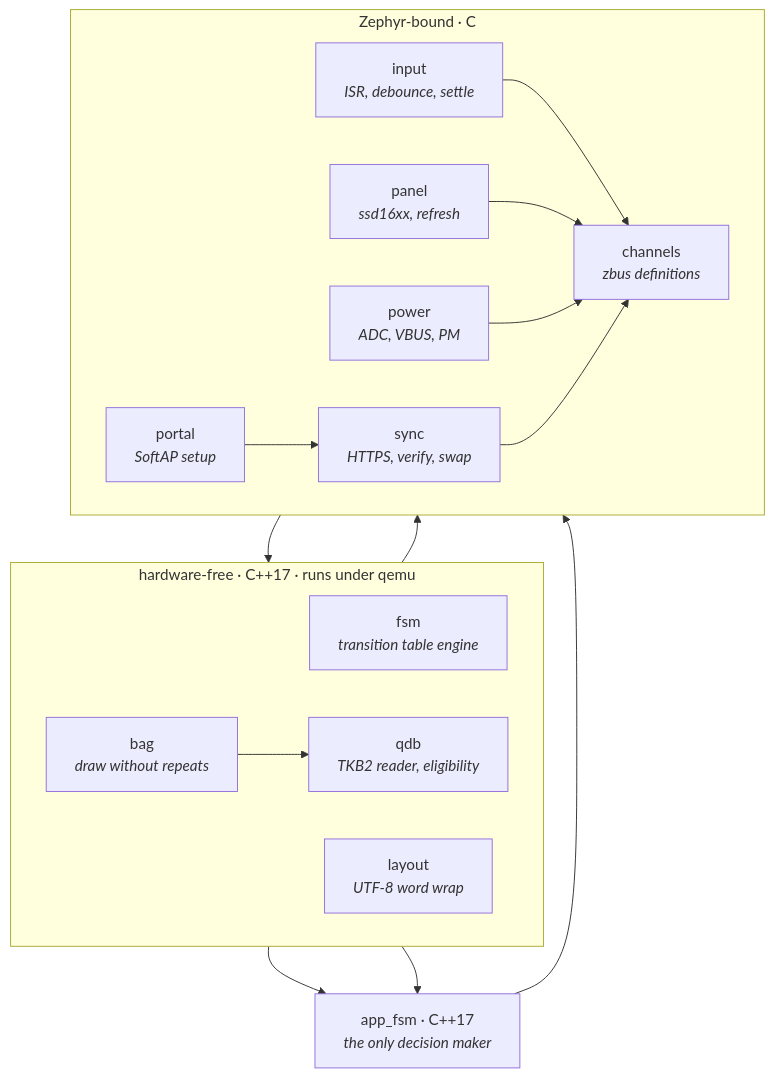
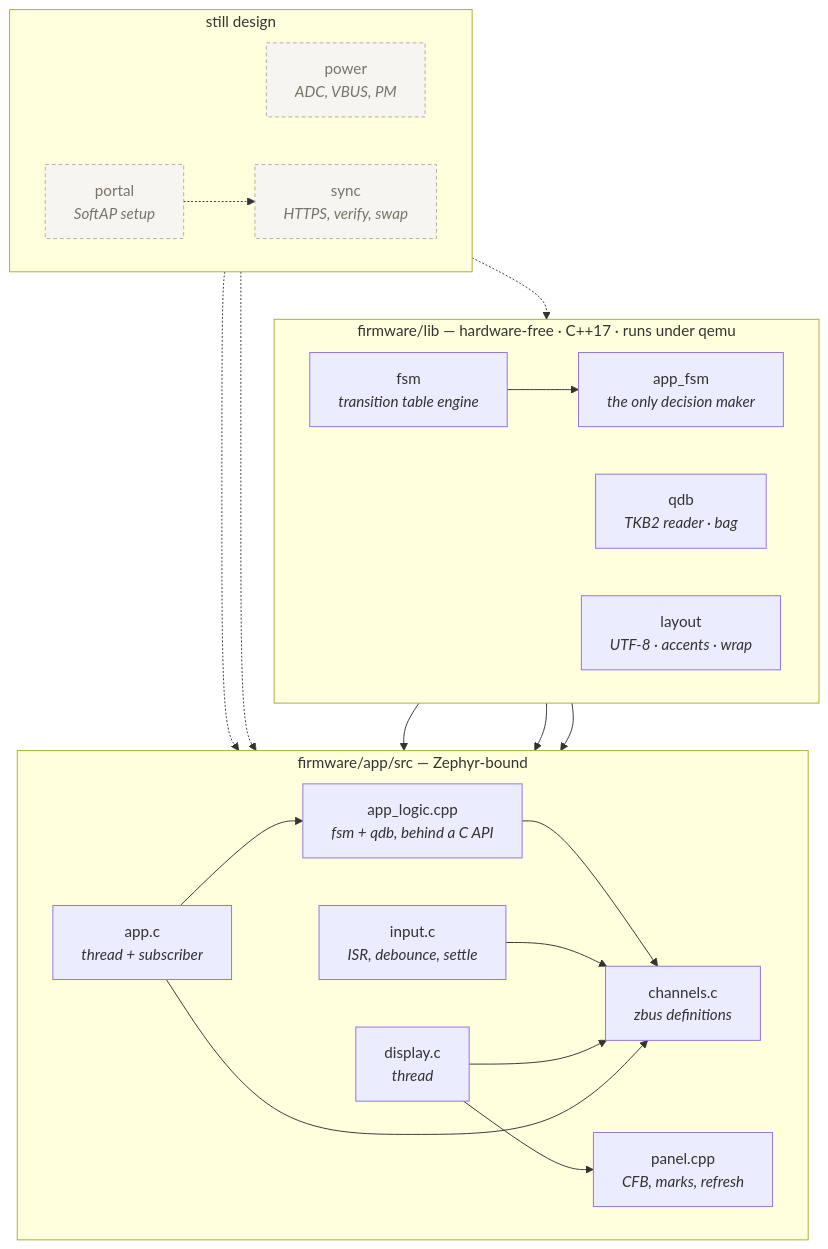
The fourth of 10 diagrams in docs/firmware_architecture.md (giacomomellone/cicala), drawn with Mermaid before and after one commit. The commit also changed other lines of this file and 10 other files, not shown here.

````diff
--- a/docs/firmware_architecture.md
+++ b/docs/firmware_architecture.md
@@ -111,36 +268,44 @@
 ```mermaid
 flowchart TB
-    subgraph pure["hardware-free · C++17 · runs under qemu"]
+    subgraph pure["firmware/lib — hardware-free · C++17 · runs under qemu"]
         direction LR
         FSM[fsm<br/><i>transition table engine</i>]
-        QDB[qdb<br/><i>TKB2 reader, eligibility</i>]
-        BAG[bag<br/><i>draw without repeats</i>]
-        LAY[layout<br/><i>UTF-8 word wrap</i>]
+        APPFSM[app_fsm<br/><i>the only decision maker</i>]
+        QDB[qdb<br/><i>TKB2 reader · bag</i>]
+        LAY[layout<br/><i>UTF-8 · accents · wrap</i>]
     end
 
-    subgraph glue["Zephyr-bound · C"]
+    subgraph glue["firmware/app/src — Zephyr-bound"]
         direction LR
-        CHAN[channels<br/><i>zbus definitions</i>]
-        INPUT[input<br/><i>ISR, debounce, settle</i>]
-        PANEL[panel<br/><i>ssd16xx, refresh</i>]
-        POWER[power<br/><i>ADC, VBUS, PM</i>]
-        SYNC[sync<br/><i>HTTPS, verify, swap</i>]
-        PORTAL[portal<br/><i>SoftAP setup</i>]
+        CHAN[channels.c<br/><i>zbus definitions</i>]
+        INPUT[input.c<br/><i>ISR, debounce, settle</i>]
+        APPC[app.c<br/><i>thread + subscriber</i>]
+        LOGIC[app_logic.cpp<br/><i>fsm + qdb, behind a C API</i>]
+        DISP[display.c<br/><i>thread</i>]
+        PANEL[panel.cpp<br/><i>CFB, marks, refresh</i>]
     end
 
-    APPFSM["app_fsm · C++17<br/><i>the only decision maker</i>"]
+    subgraph todo["still design"]
+        direction LR
+        POWER[power<br/><i>ADC, VBUS, PM</i>]:::t
+        SYNC[sync<br/><i>HTTPS, verify, swap</i>]:::t
+        PORTAL[portal<br/><i>SoftAP setup</i>]:::t
+    end
 
     FSM --> APPFSM
-    QDB --> APPFSM
-    BAG --> QDB
+    APPFSM --> LOGIC
+    QDB --> LOGIC
     LAY --> PANEL
-    APPFSM --> CHAN
+    APPC --> LOGIC
+    LOGIC --> CHAN
     INPUT --> CHAN
-    PANEL --> CHAN
-    POWER --> CHAN
-    SYNC --> QDB
-    SYNC --> CHAN
-    PORTAL --> SYNC
+    DISP --> PANEL
+    DISP --> CHAN
+    APPC --> CHAN
+    SYNC -.-> QDB
+    SYNC -.-> CHAN
+    POWER -.-> CHAN
+    PORTAL -.-> SYNC
 
-    classDef box fill:#f7f5f1,stroke:#9a8f7d
+    classDef t fill:#f7f5f1,stroke:#b3aca0,stroke-dasharray:4 3,color:#7a736a
 ```
````
